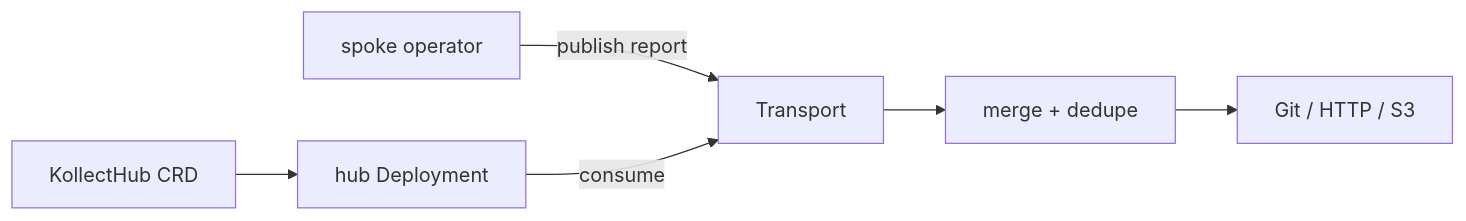
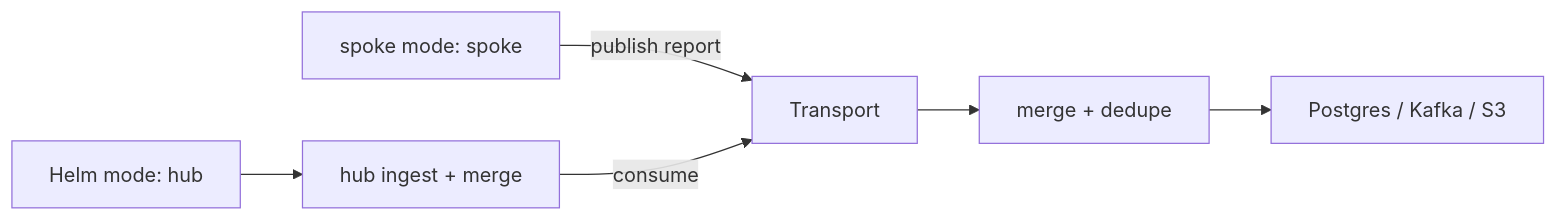
The second of 2 diagrams in docs/adr/0502-lean-queue-transport.md (konih/kollect), drawn with Mermaid before and after one commit. The commit also changed other lines of this file and 4 other files, not shown here.

First line of the commit message:
:page_facing_up: docs(adr): refresh transport and export ADRs

````diff
--- a/docs/adr/0502-lean-queue-transport.md
+++ b/docs/adr/0502-lean-queue-transport.md
@@ -142,8 +144,8 @@
 ```mermaid
 flowchart LR
-  Spoke[spoke operator] -->|publish report| Q[Transport]
-  HubCRD[KollectHub CRD] --> Dep[hub Deployment]
-  Dep -->|consume| Q
+  Spoke[spoke mode: spoke] -->|publish report| Q[Transport]
+  HelmHub[Helm mode: hub] --> HubProc[hub ingest + merge]
+  HubProc -->|consume| Q
   Q --> Merge[merge + dedupe]
-  Merge --> Export[Git / HTTP / S3]
+  Merge --> Export[Postgres / Kafka / S3]
 ```
````
